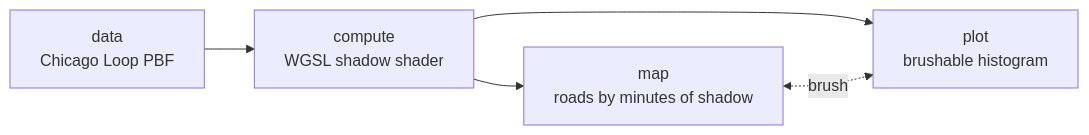
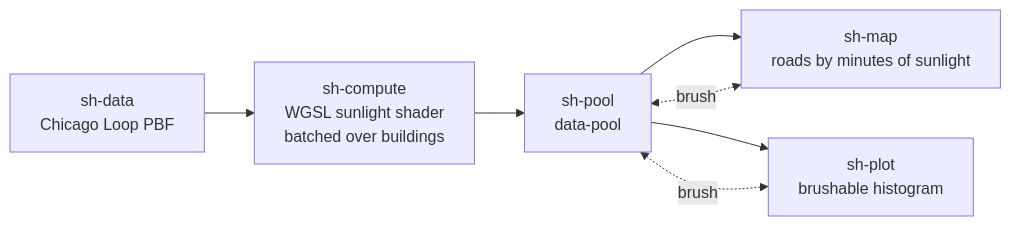
Before and after one commit to urban-toolkit/curio: the diagram in docs/examples/07-autark-gpu-shader.md, drawn with Mermaid. The commit also changed other lines of this file and 6 other files, not shown here.

Commit message:
Adds fromFeature directive on compute uniforms with batched and iterating modes so a single shader dispatch can run against features of an upstream layer.

````diff
--- a/docs/examples/07-autark-gpu-shader.md
+++ b/docs/examples/07-autark-gpu-shader.md
@@ -19,7 +21,9 @@
 ```mermaid
 flowchart LR
-  D[data<br/>Chicago Loop PBF] --> C[compute<br/>WGSL shadow shader]
-  C --> M[map<br/>roads by minutes of shadow]
-  C --> P[plot<br/>brushable histogram]
-  M <-. brush .-> P
+  D[sh-data<br/>Chicago Loop PBF] --> C[sh-compute<br/>WGSL sunlight shader<br/>batched over buildings]
+  C --> Pool[sh-pool<br/>data-pool]
+  Pool --> M[sh-map<br/>roads by minutes of sunlight]
+  Pool --> P[sh-plot<br/>brushable histogram]
+  M <-. brush .-> Pool
+  P <-. brush .-> Pool
 ```
````
